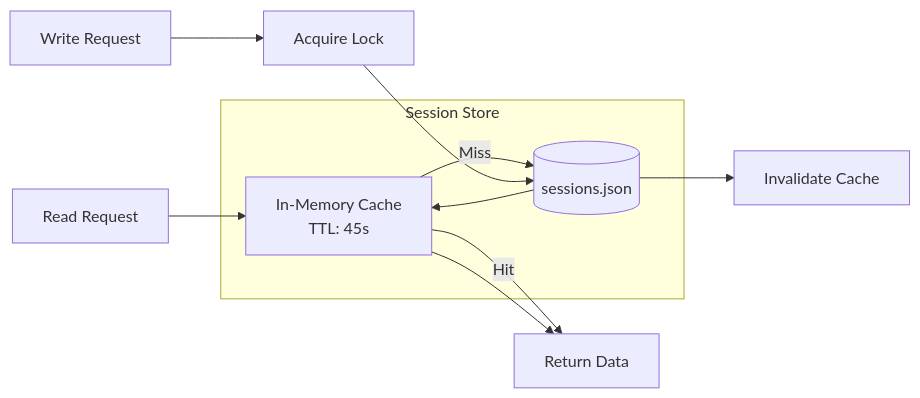
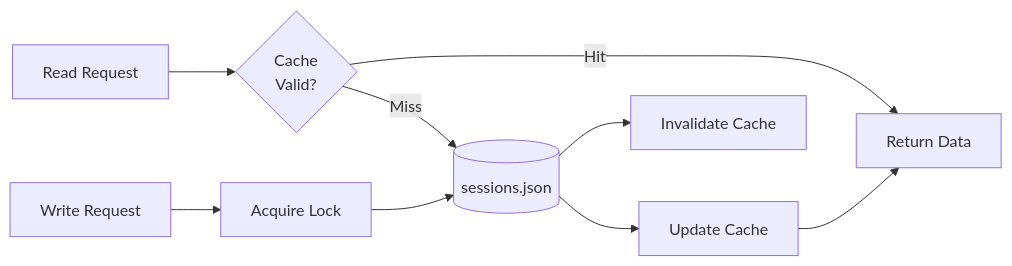
One commit to Elarwei001/research_openclaw changed the third of 5 diagrams in architecture/components/session-management.md. Above: the diagram before and after it, drawn with Mermaid. The commit also changed other lines of this file and 1 other file, not shown here.

First line of the commit message:
docs: reorganize session-management for progressive learning

````diff
--- a/architecture/components/session-management.md
+++ b/architecture/components/session-management.md
@@ -483,17 +395,12 @@
 ```mermaid
 flowchart LR
-    subgraph Store["Session Store"]
-        Cache[In-Memory Cache<br/>TTL: 45s]
-        File[(sessions.json)]
-    end
-    
-    Read[Read Request] --> Cache
+    Read[Read Request] --> Cache{Cache<br/>Valid?}
     Cache -->|Hit| Return[Return Data]
-    Cache -->|Miss| File
-    File --> Cache
-    Cache --> Return
+    Cache -->|Miss| File[(sessions.json)]
+    File --> Update[Update Cache]
+    Update --> Return
     
     Write[Write Request] --> Lock[Acquire Lock]
     Lock --> File
     File --> Invalidate[Invalidate Cache]
 ```
````
